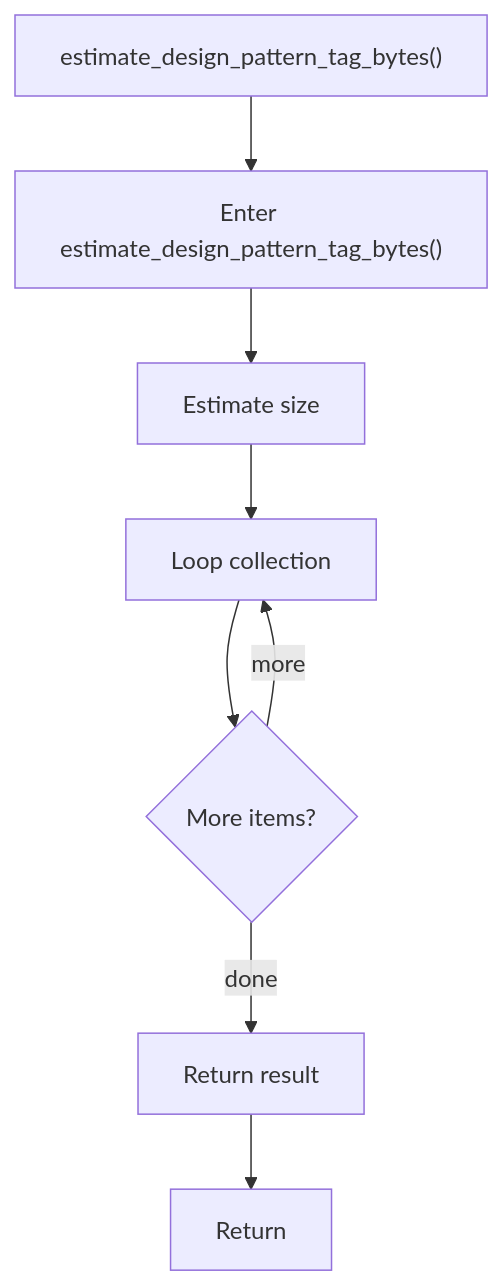
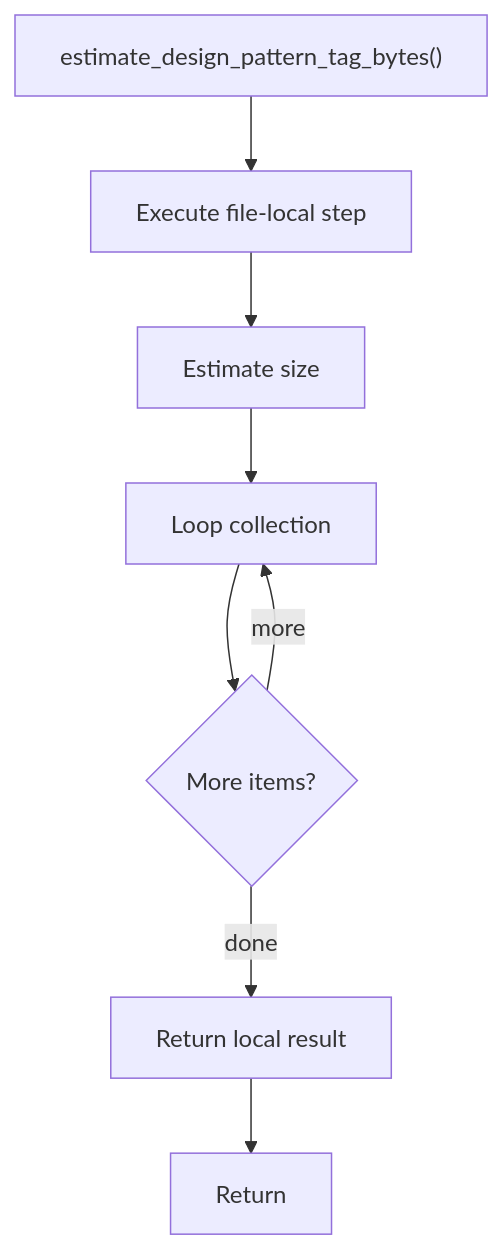
The diagram in docs/Codebase/Microservice/Modules/Source/OutputGeneration/DocumentationTagger/estimate_tag_bytes.cpp.md (JohnAndrewBalbarosa/NeoTerritory), drawn with Mermaid before and after one commit. The commit also changed other lines of this file and 925 other files, not shown here.

````diff
--- a/docs/Codebase/Microservice/Modules/Source/OutputGeneration/DocumentationTagger/estimate_tag_bytes.cpp.md
+++ b/docs/Codebase/Microservice/Modules/Source/OutputGeneration/DocumentationTagger/estimate_tag_bytes.cpp.md
@@ -18,17 +18,17 @@
 ```mermaid
 flowchart TD
     Start["estimate_design_pattern_tag_bytes()"]
-    N0["Enter estimate_design_pattern_tag_bytes()"]
+    N0["Execute file-local step"]
     N1["Estimate size"]
     N2["Loop collection"]
     L2{"More items?"}
-    N3["Return result"]
+    N3["Return local result"]
     End["Return"]
     Start --> N0
     N0 --> N1
     N1 --> N2
     N2 --> L2
     L2 -->|more| N2
     L2 -->|done| N3
     N3 --> End
 ```
````
